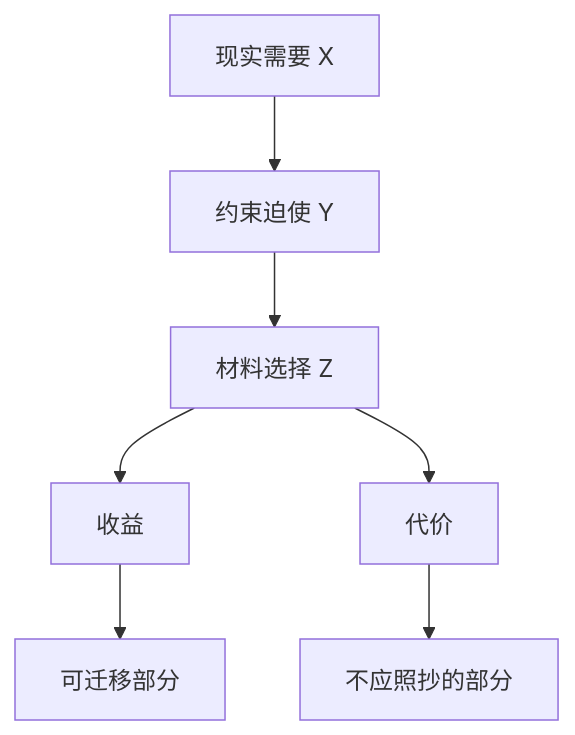
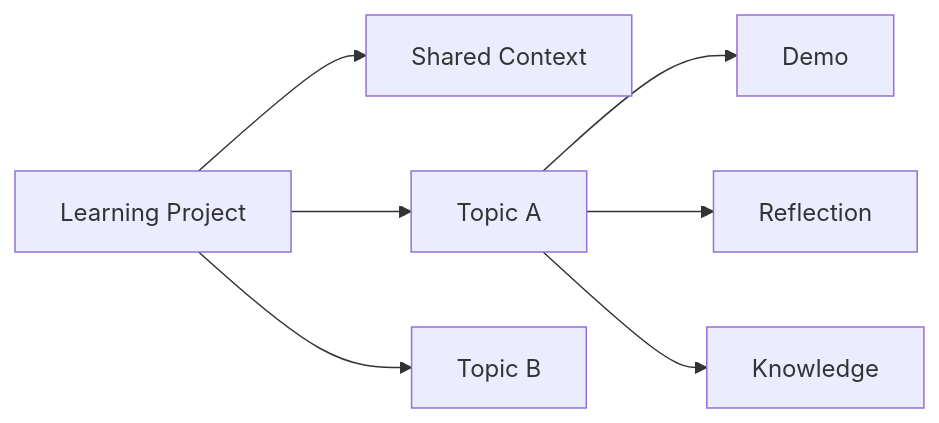
Before and after one commit to hedon954/daedalus: the second of 2 diagrams in README.md, drawn with Mermaid. The commit also changed other lines of this file and 4 other files, not shown here.

````diff
--- a/README.md
+++ b/README.md
@@ -86,9 +93,9 @@
 ```mermaid
-flowchart TD
-    Reality["现实需要 X"] --> Constraints["约束迫使 Y"]
-    Constraints --> Choice["材料选择 Z"]
-    Choice --> Benefit["收益"]
-    Choice --> Cost["代价"]
-    Benefit --> Transfer["可迁移部分"]
-    Cost --> Boundary["不应照抄的部分"]
+flowchart LR
+    Project["Learning Project"] --> Shared["Shared Context"]
+    Project --> TopicA["Topic A"]
+    Project --> TopicB["Topic B"]
+    TopicA --> Demo["Demo"]
+    TopicA --> Reflection["Reflection"]
+    TopicA --> Knowledge["Knowledge"]
 ```
````
